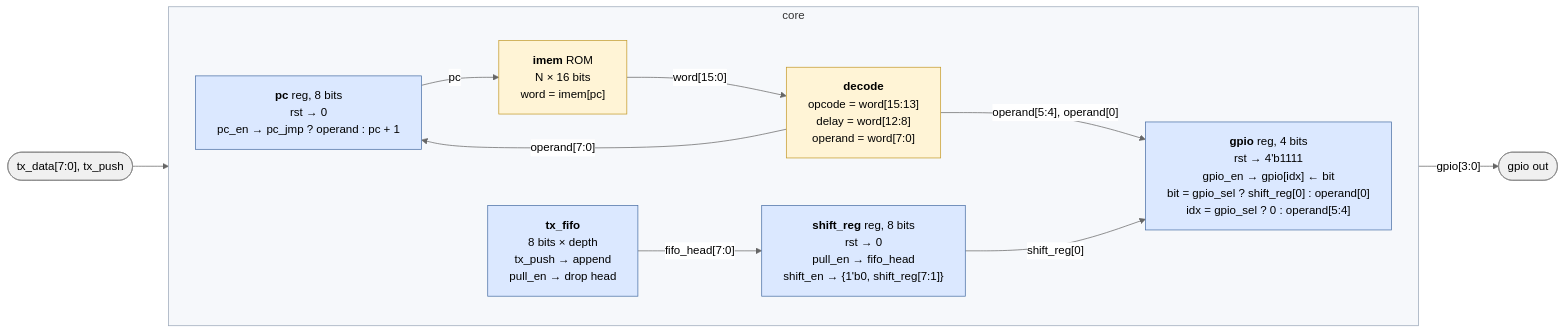
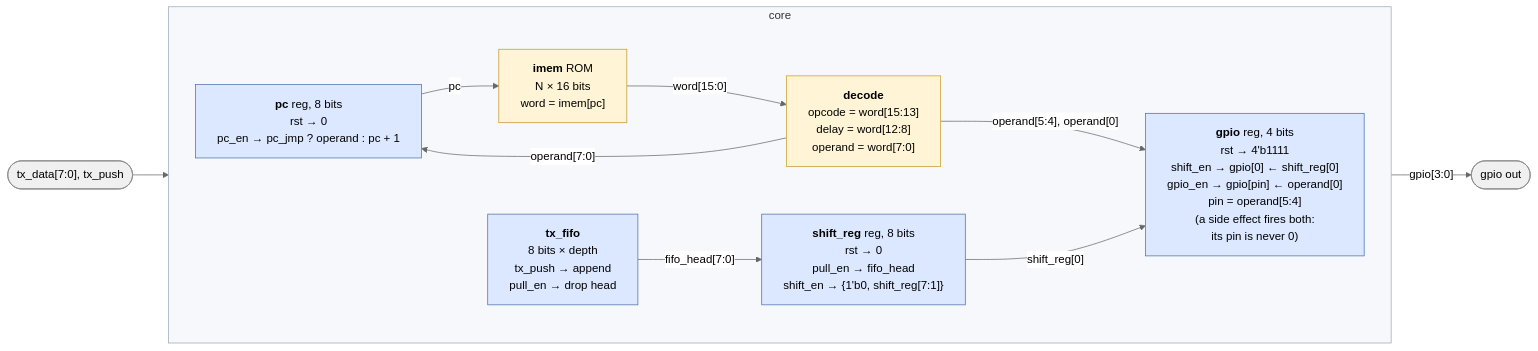
The diagram in docs/core.mmd (cshieldsce/smallcore), drawn with Mermaid (neutral theme) before and after one commit. The commit also changed 9 other files, not shown here.

Commit message:
update diagrams for the shift_out side effect

```diff
--- a/docs/core.mmd
+++ b/docs/core.mmd
@@ -1,32 +1,33 @@
 %%{init: {"flowchart": {"wrappingWidth": 320}}}%%
 %% Datapath at Verilog level. Blue = register (one always @(posedge clk)), yellow = combinational.
 %% Only data wires are drawn. The enables named inside each register (pull_en, shift_en,
-%% gpio_en, gpio_sel, pc_en, pc_jmp) come from the control block, see control.svg.
+%% gpio_en, pc_en, pc_jmp) come from the control block, see control.svg. gpio has two write
+%% ports: SHIFT_OUT writes gpio[0], SET and the SHIFT_OUT side effect write the operand pin.
 flowchart LR
   classDef reg fill:#dbe8ff,stroke:#4a6fa5
   classDef comb fill:#fff4d6,stroke:#c49a2a
   classDef ext fill:#f0f0f0,stroke:#888
 
   TXIN(["tx_data[7:0], tx_push"]):::ext
 
   subgraph core["core"]
     direction LR
     PC["<b>pc</b> reg, 8 bits<br/>rst → 0<br/>pc_en → pc_jmp ? operand : pc + 1"]:::reg
     IMEM["<b>imem</b> ROM<br/>N × 16 bits<br/>word = imem[pc]"]:::comb
     DEC["<b>decode</b><br/>opcode = word[15:13]<br/>delay = word[12:8]<br/>operand = word[7:0]"]:::comb
     FIFO["<b>tx_fifo</b><br/>8 bits × depth<br/>tx_push → append<br/>pull_en → drop head"]:::reg
     SR["<b>shift_reg</b> reg, 8 bits<br/>rst → 0<br/>pull_en → fifo_head<br/>shift_en → {1'b0, shift_reg[7:1]}"]:::reg
-    PIN["<b>gpio</b> reg, 4 bits<br/>rst → 4'b1111<br/>gpio_en → gpio[idx] ← bit<br/>bit = gpio_sel ? shift_reg[0] : operand[0]<br/>idx = gpio_sel ? 0 : operand[5:4]"]:::reg
+    PIN["<b>gpio</b> reg, 4 bits<br/>rst → 4'b1111<br/>shift_en → gpio[0] ← shift_reg[0]<br/>gpio_en → gpio[pin] ← operand[0]<br/>pin = operand[5:4]<br/>(a side effect fires both:<br/>its pin is never 0)"]:::reg
 
     PC -->|"pc"| IMEM
     IMEM -->|"word[15:0]"| DEC
     DEC -->|"operand[5:4], operand[0]"| PIN
     DEC -->|"operand[7:0]"| PC
     FIFO -->|"fifo_head[7:0]"| SR
     SR -->|"shift_reg[0]"| PIN
   end
 
   TXIN --> FIFO
   PIN -->|"gpio[3:0]"| OUT(["gpio out"]):::ext
 
   style core fill:#f6f8fb,stroke:#9aa7b8
```
